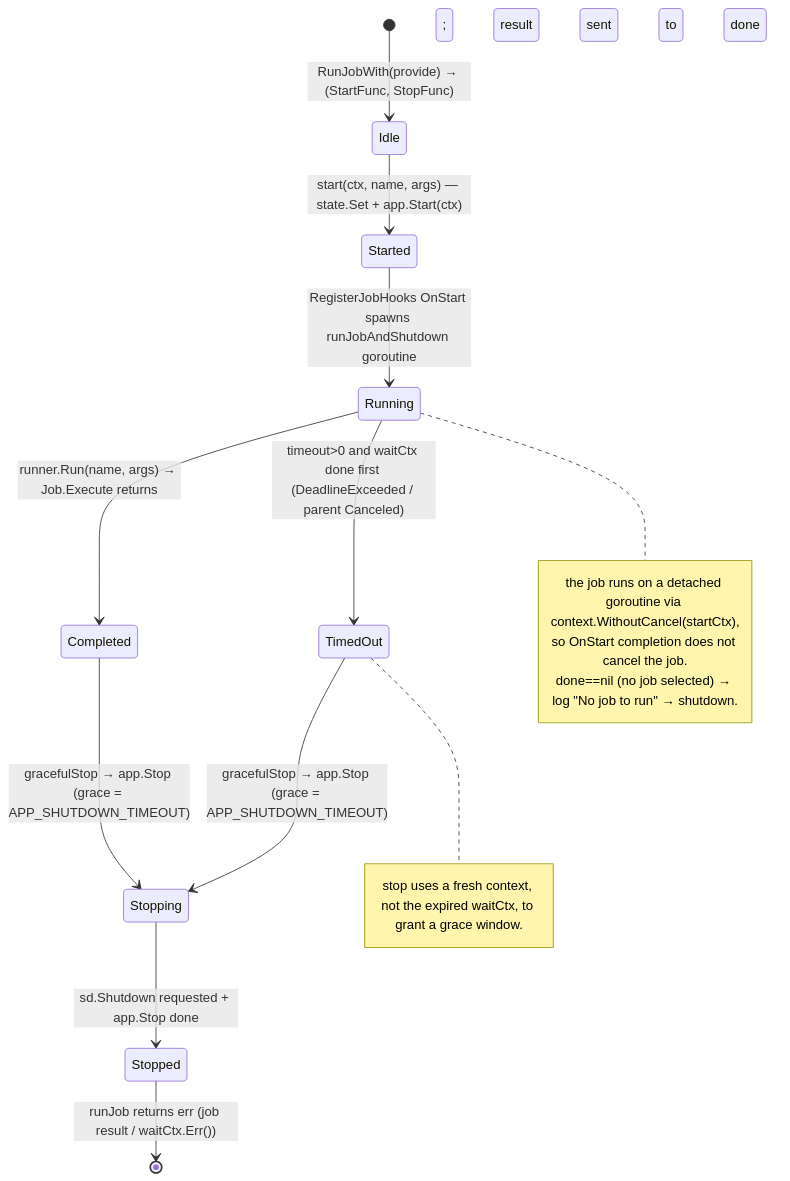
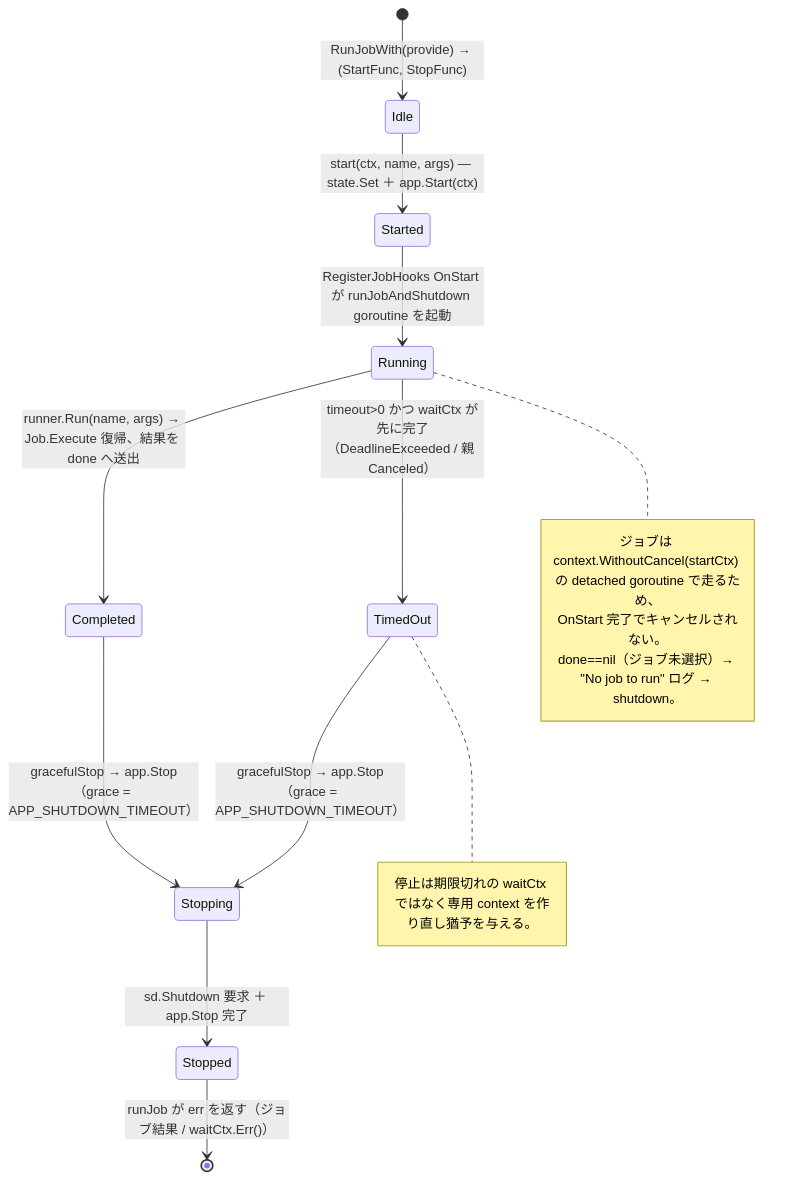
The first of 6 diagrams in docs/design/job.md (Tomy-ch/go-boilerplate), drawn with Mermaid before and after one commit. The commit also changed other lines of this file and 970 other files, not shown here.

````diff
--- a/docs/design/job.md
+++ b/docs/design/job.md
@@ -30,21 +30,21 @@
 ```mermaid
 stateDiagram-v2
     [*] --> Idle: RunJobWith(provide) → (StartFunc, StopFunc)
-    Idle --> Started: start(ctx, name, args) — state.Set + app.Start(ctx)
-    Started --> Running: RegisterJobHooks OnStart spawns runJobAndShutdown goroutine
-    Running --> Completed: runner.Run(name, args) → Job.Execute returns; result sent to done
-    Running --> TimedOut: timeout>0 and waitCtx done first (DeadlineExceeded / parent Canceled)
-    Completed --> Stopping: gracefulStop → app.Stop (grace = APP_SHUTDOWN_TIMEOUT)
-    TimedOut --> Stopping: gracefulStop → app.Stop (grace = APP_SHUTDOWN_TIMEOUT)
-    Stopping --> Stopped: sd.Shutdown requested + app.Stop done
-    Stopped --> [*]: runJob returns err (job result / waitCtx.Err())
+    Idle --> Started: start(ctx, name, args) — state.Set ＋ app.Start(ctx)
+    Started --> Running: RegisterJobHooks OnStart が runJobAndShutdown goroutine を起動
+    Running --> Completed: runner.Run(name, args) → Job.Execute 復帰、結果を done へ送出
+    Running --> TimedOut: timeout>0 かつ waitCtx が先に完了（DeadlineExceeded / 親 Canceled）
+    Completed --> Stopping: gracefulStop → app.Stop（grace = APP_SHUTDOWN_TIMEOUT）
+    TimedOut --> Stopping: gracefulStop → app.Stop（grace = APP_SHUTDOWN_TIMEOUT）
+    Stopping --> Stopped: sd.Shutdown 要求 ＋ app.Stop 完了
+    Stopped --> [*]: runJob が err を返す（ジョブ結果 / waitCtx.Err()）
 
     note right of Running
-      the job runs on a detached goroutine via context.WithoutCancel(startCtx),
-      so OnStart completion does not cancel the job.
-      done==nil (no job selected) → log "No job to run" → shutdown.
+      ジョブは context.WithoutCancel(startCtx) の detached goroutine で走るため、
+      OnStart 完了でキャンセルされない。
+      done==nil（ジョブ未選択）→ "No job to run" ログ → shutdown。
     end note
     note right of TimedOut
-      stop uses a fresh context, not the expired waitCtx, to grant a grace window.
+      停止は期限切れの waitCtx ではなく専用 context を作り直し猶予を与える。
     end note
 ```
````
